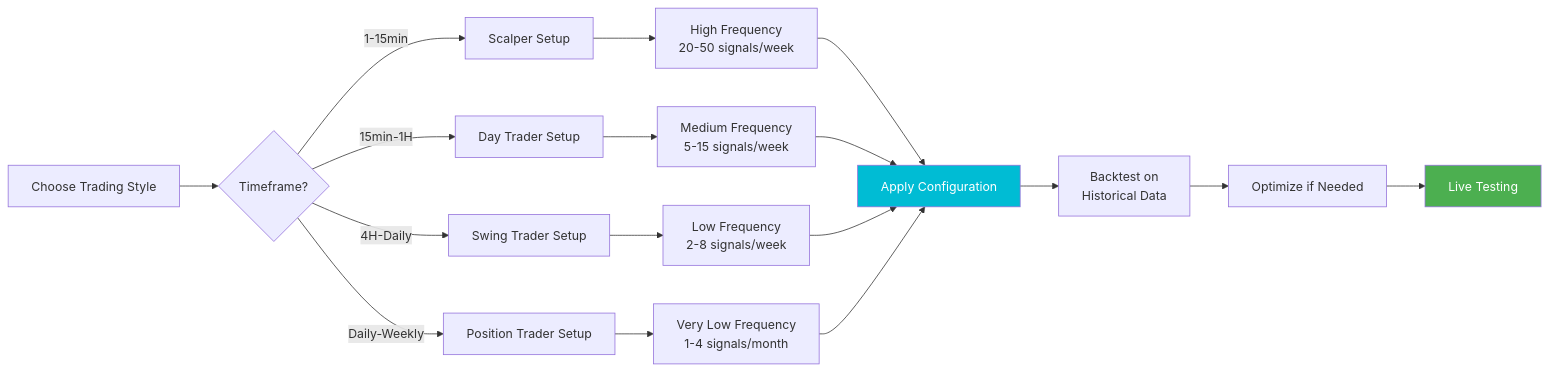
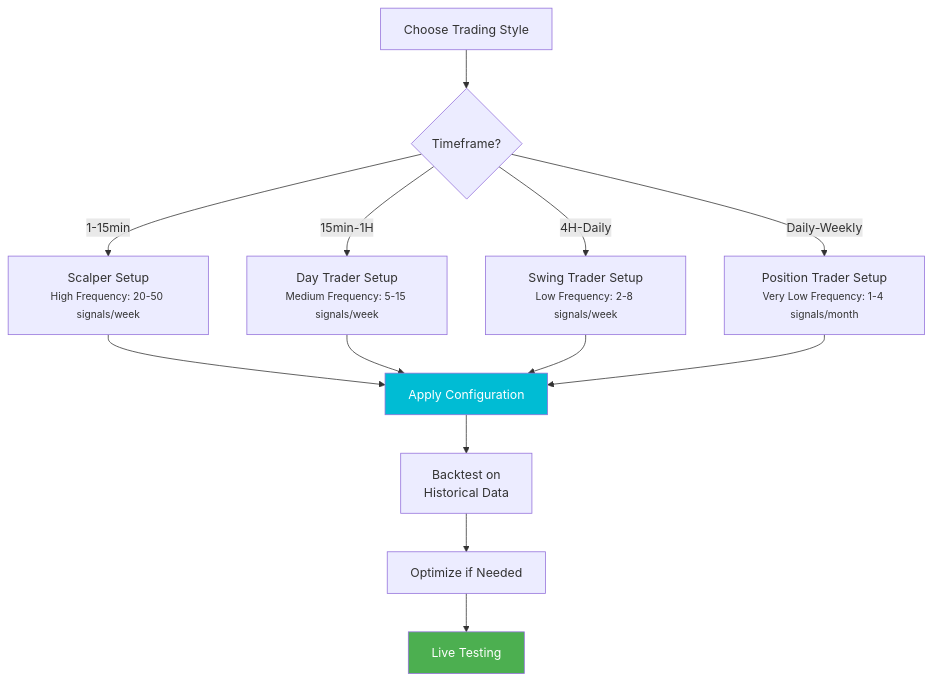
One commit to Signalpilot/signalpilot-docs changed diagram 11 of 12 in MERMAID_DIAGRAMS.md. Above: the diagram before and after it, drawn with Mermaid. The commit also changed other lines of this file, not shown here.

First line of the commit message:
Eliminate horizontal scrolling on mobile by converting diagrams to vertical layouts

````diff
--- a/MERMAID_DIAGRAMS.md
+++ b/MERMAID_DIAGRAMS.md
@@ -392,26 +397,21 @@
 ```mermaid
-graph LR
+graph TD
     Start[Choose Trading Style] --> S1{Timeframe?}
 
-    S1 -->|1-15min| Scalper[Scalper Setup]
-    S1 -->|15min-1H| Day[Day Trader Setup]
-    S1 -->|4H-Daily| Swing[Swing Trader Setup]
-    S1 -->|Daily-Weekly| Position[Position Trader Setup]
+    S1 -->|1-15min| Scalper[Scalper Setup<br/><small>High Frequency: 20-50 signals/week</small>]
+    S1 -->|15min-1H| Day[Day Trader Setup<br/><small>Medium Frequency: 5-15 signals/week</small>]
+    S1 -->|4H-Daily| Swing[Swing Trader Setup<br/><small>Low Frequency: 2-8 signals/week</small>]
+    S1 -->|Daily-Weekly| Position[Position Trader Setup<br/><small>Very Low Frequency: 1-4 signals/month</small>]
 
-    Scalper --> Freq1[High Frequency<br/>20-50 signals/week]
-    Day --> Freq2[Medium Frequency<br/>5-15 signals/week]
-    Swing --> Freq3[Low Frequency<br/>2-8 signals/week]
-    Position --> Freq4[Very Low Frequency<br/>1-4 signals/month]
-
-    Freq1 --> Apply[Apply Configuration]
-    Freq2 --> Apply
-    Freq3 --> Apply
-    Freq4 --> Apply
+    Scalper --> Apply[Apply Configuration]
+    Day --> Apply
+    Swing --> Apply
+    Position --> Apply
 
     Apply --> Backtest[Backtest on<br/>Historical Data]
     Backtest --> Optimize[Optimize if Needed]
     Optimize --> Live[Live Testing]
 
     style Apply fill:#00bcd4,color:#fff
     style Live fill:#4caf50,color:#fff
 ```
````
